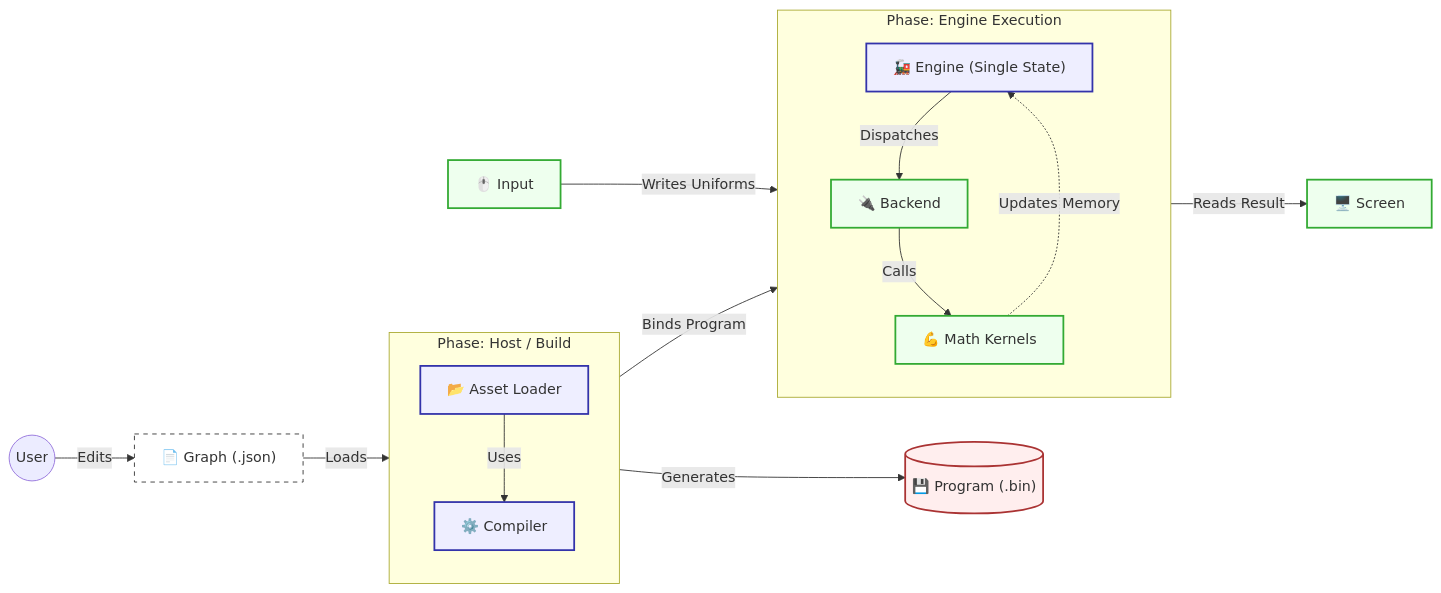
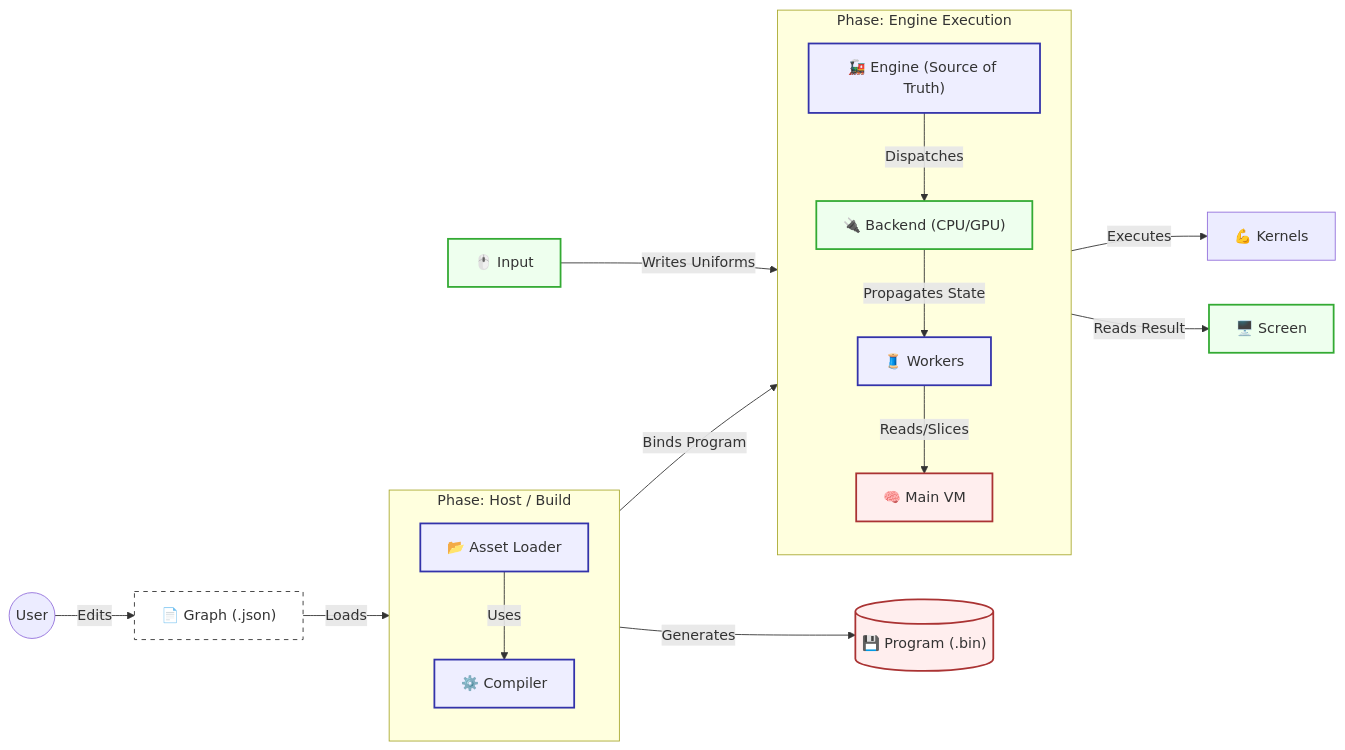
Before and after one commit to BinaryCat17/MathFlow: the first of 2 diagrams in docs/architecture.md, drawn with Mermaid. The commit also changed other lines of this file, not shown here.

First line of the commit message:
Docs: Update Architecture Diagram.

````diff
--- a/docs/architecture.md
+++ b/docs/architecture.md
@@ -13,44 +13,48 @@
 ```mermaid
 flowchart LR
     %% Styles
     classDef file fill:#fff,stroke:#333,stroke-width:1px,stroke-dasharray: 5 5;
     classDef proc fill:#eef,stroke:#33a,stroke-width:2px;
     classDef memory fill:#fee,stroke:#a33,stroke-width:2px;
     classDef hw fill:#efe,stroke:#3a3,stroke-width:2px;
 
     %% Data
     User((User))
     Source["📄 Graph (.json)"]:::file
     Binary[("💾 Program (.bin)")]:::memory
 
     %% Compilation
     subgraph Build ["Phase: Host / Build"]
         direction TB
         Loader["📂 Asset Loader"]:::proc
         Compiler["⚙️ Compiler"]:::proc
     end
 
     %% Execution
     subgraph Run ["Phase: Engine Execution"]
         direction TB
-        Engine["🚂 Engine (Single State)"]:::proc
-        Backend["🔌 Backend"]:::hw
-        Ops["💪 Math Kernels"]:::hw
+        Engine["🚂 Engine (Source of Truth)"]:::proc
+        VM_Main["🧠 Main VM"]:::memory
+        Backend["🔌 Backend (CPU/GPU)"]:::hw
+        Pool["🧵 Workers"]:::proc
     end
 
     Input["🖱️ Input"]:::hw
     Screen["🖥️ Screen"]:::hw
 
     %% Flow
     User -- "Edits" --> Source
     Source -- "Loads" --> Loader
     Loader -- "Uses" --> Compiler
     Compiler -- "Generates" --> Binary
     Loader -- "Binds Program" --> Engine
     
     Input -- "Writes Uniforms" --> Engine
     Engine -- "Dispatches" --> Backend
-    Backend -- "Calls" --> Ops
-    Ops -. "Updates Memory" .-> Engine
+    
+    Backend -- "Propagates State" --> Pool
+    Pool -- "Reads/Slices" --> VM_Main
+    Pool -- "Executes" --> Ops["💪 Kernels"]
+    
     Engine -- "Reads Result" --> Screen
 ```
````
